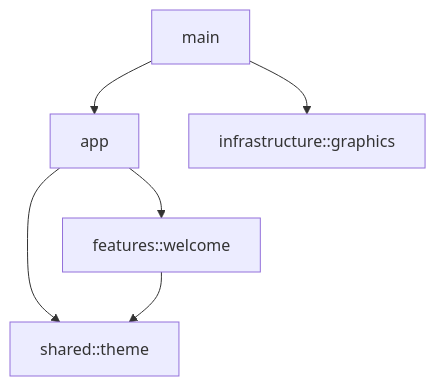
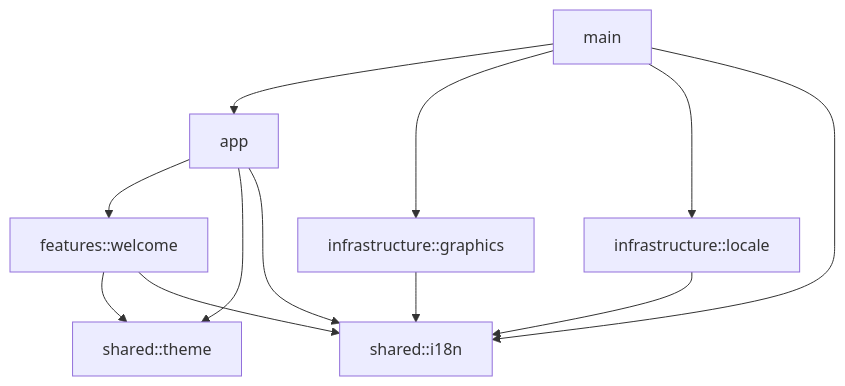
The diagram in docs/architecture.md (adametsderschopfer/lig), drawn with Mermaid before and after one commit. The commit also changed other lines of this file and 28 other files, not shown here.

````diff
--- a/docs/architecture.md
+++ b/docs/architecture.md
@@ -22,8 +25,14 @@
 ```mermaid
 flowchart TD
     Main[main] --> App[app]
     Main --> Graphics[infrastructure::graphics]
     App --> Welcome[features::welcome]
     App --> Theme[shared::theme]
     Welcome --> Theme
+    Main --> Locale[infrastructure::locale]
+    Main --> I18n[shared::i18n]
+    Locale --> I18n
+    App --> I18n
+    Welcome --> I18n
+    Graphics --> I18n
 ```
````
